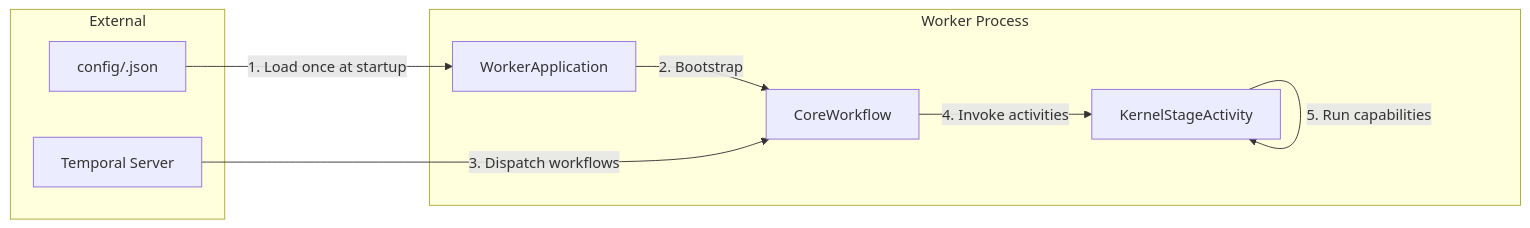
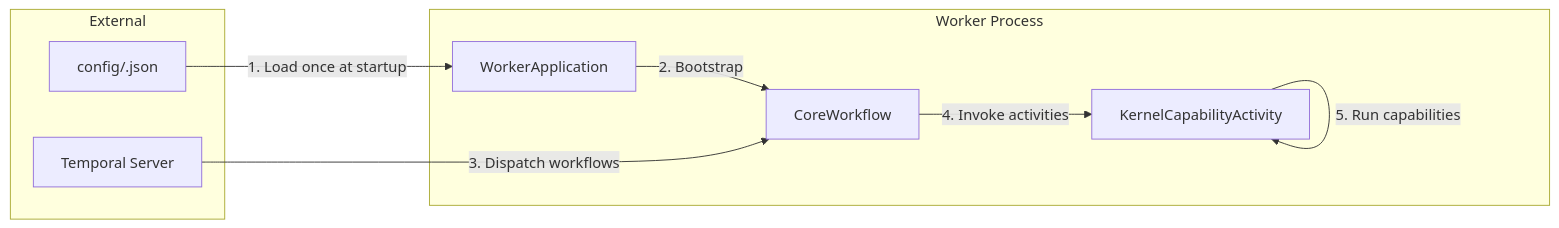
The first of 7 diagrams in docs/architecture.md (OpenLLMOrchestrator/Open-LLM-Orchestrator-Worker), drawn with Mermaid before and after one commit. The commit also changed other lines of this file and 42 other files, not shown here.

````diff
--- a/docs/architecture.md
+++ b/docs/architecture.md
@@ -11,19 +11,19 @@
 ```mermaid
 flowchart LR
     subgraph External["External"]
         Temporal[Temporal Server]
         ConfigFile["config/<CONFIG_KEY>.json"]
     end
 
     subgraph Worker["Worker Process"]
         App[WorkerApplication]
         WF[CoreWorkflow]
-        Act[KernelStageActivity]
+        Act[KernelCapabilityActivity]
     end
 
     ConfigFile -->|"1. Load once at startup"| App
     App -->|"2. Bootstrap"| WF
     Temporal -->|"3. Dispatch workflows"| WF
     WF -->|"4. Invoke activities"| Act
     Act -->|"5. Run capabilities"| Act
 ```
````
